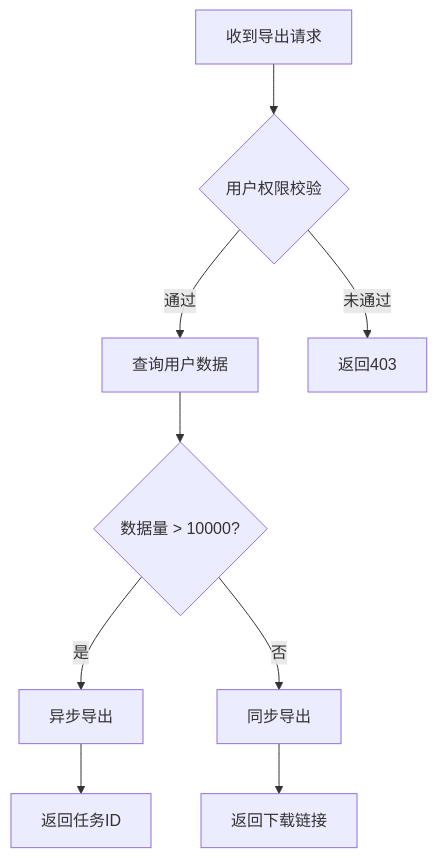
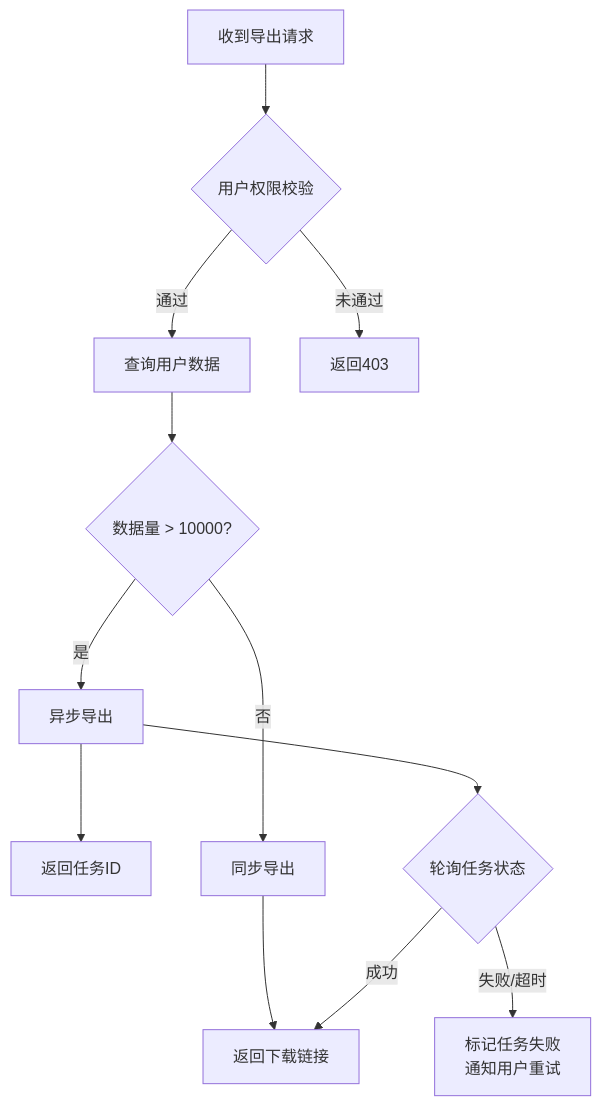
One commit to linuxhex/cwork changed the third of 3 diagrams in skills/doc/SKILL.md. Above: the diagram before and after it, drawn with Mermaid. The commit also changed other lines of this file and 8 other files, not shown here.

First line of the commit message:
【技能加固】<fix> 死链修复+口径统一+doc 图表全面增强

````diff
--- a/skills/doc/SKILL.md
+++ b/skills/doc/SKILL.md
@@ -510,9 +524,12 @@
 ```mermaid
 flowchart TD
     A[收到导出请求] --> B{用户权限校验}
     B -->|通过| C[查询用户数据]
     B -->|未通过| D[返回403]
     C --> E{数据量 > 10000?}
     E -->|是| F[异步导出] --> G[返回任务ID]
     E -->|否| H[同步导出] --> I[返回下载链接]
+    F --> J{轮询任务状态}
+    J -->|成功| I
+    J -->|失败/超时| K[标记任务失败<br/>通知用户重试]
 ```
````
